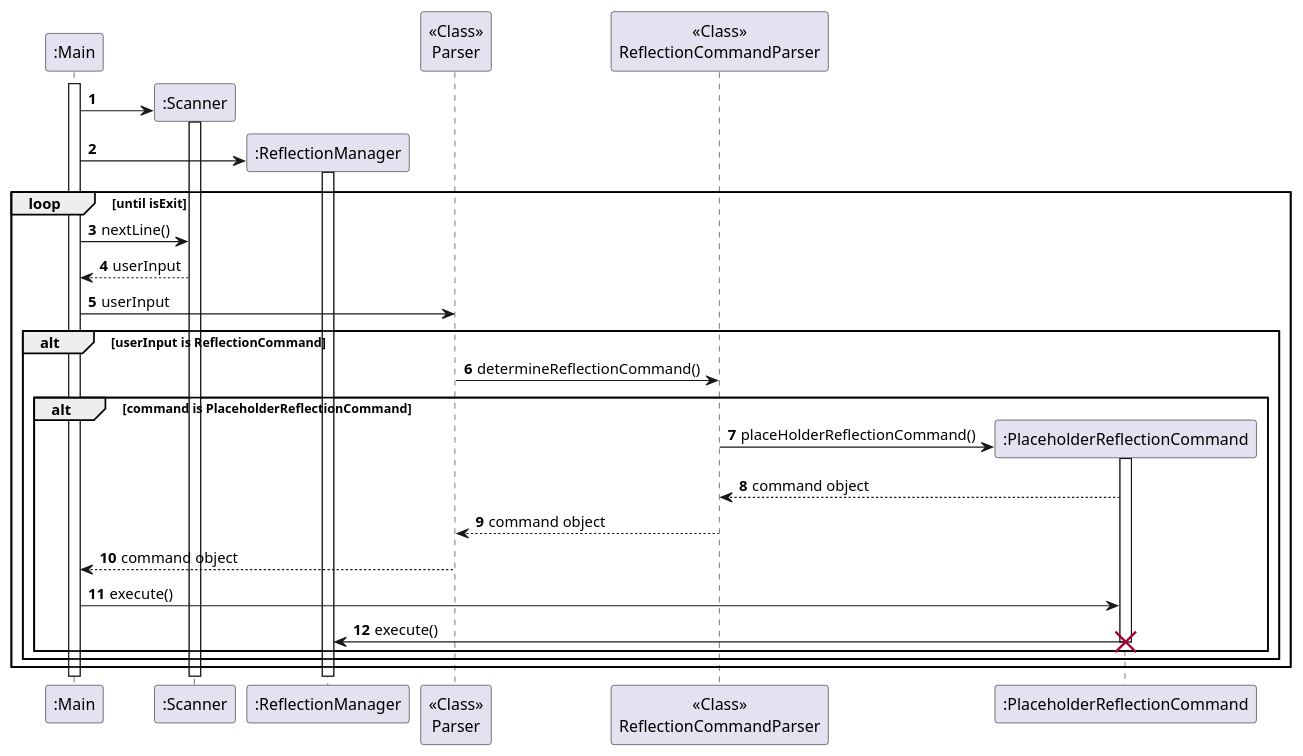
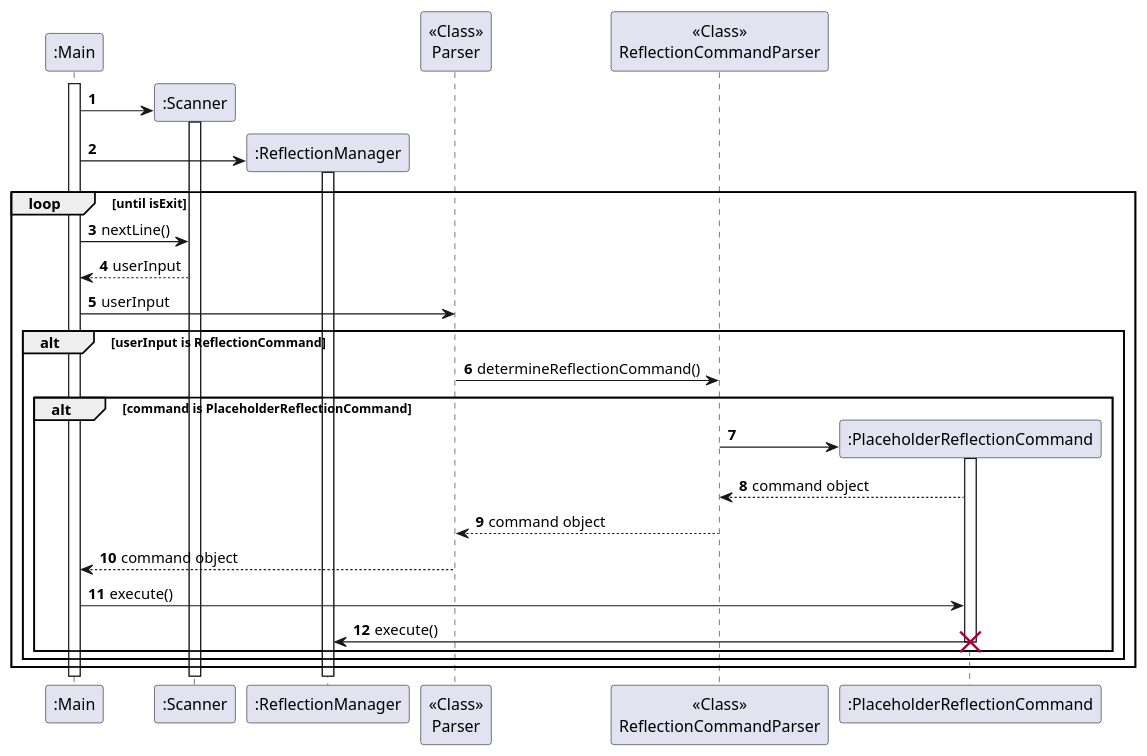
Before and after one commit to AY2324S2-CS2113-T11-1/tp: the diagram in docs/diagrams/reflection/ReflectionSequenceDiagram.puml, drawn with PlantUML. The commit also changed 1 other file, not shown here.

Commit message:
Update sequence diagram

```diff
--- a/docs/diagrams/reflection/ReflectionSequenceDiagram.puml
+++ b/docs/diagrams/reflection/ReflectionSequenceDiagram.puml
@@ -1,44 +1,44 @@
 @startuml
 'https://plantuml.com/sequence-diagram
 
 autonumber
 
 participant ":Main" as Main
 participant ":Scanner" as Scanner
 participant ":ReflectionManager" as ReflectionManager
 participant "<<Class>>\nParser" as Parser
 participant "<<Class>>\nReflectionCommandParser" as ReflectionCommandParser
 participant ":PlaceholderReflectionCommand" as PlaceholderReflectionCommand
 
 activate Main
 
 create Scanner
 Main -> Scanner
 activate Scanner
 
 create ReflectionManager
 Main -> ReflectionManager
 activate ReflectionManager
 
 loop until isExit
 
     Main -> Scanner: nextLine()
     Scanner --> Main: userInput
     Main -> Parser: userInput
     alt userInput is ReflectionCommand
         Parser -> ReflectionCommandParser: determineReflectionCommand()
         alt command is PlaceholderReflectionCommand
             create PlaceholderReflectionCommand
-            ReflectionCommandParser -> PlaceholderReflectionCommand: placeHolderReflectionCommand()
+            ReflectionCommandParser -> PlaceholderReflectionCommand
             activate PlaceholderReflectionCommand
             PlaceholderReflectionCommand --> ReflectionCommandParser: command object
             ReflectionCommandParser --> Parser: command object
             Parser --> Main: command object
             Main -> PlaceholderReflectionCommand: execute()
             PlaceholderReflectionCommand -> ReflectionManager: execute()
             destroy PlaceholderReflectionCommand
         end
     end
 end
 
 @enduml
```
